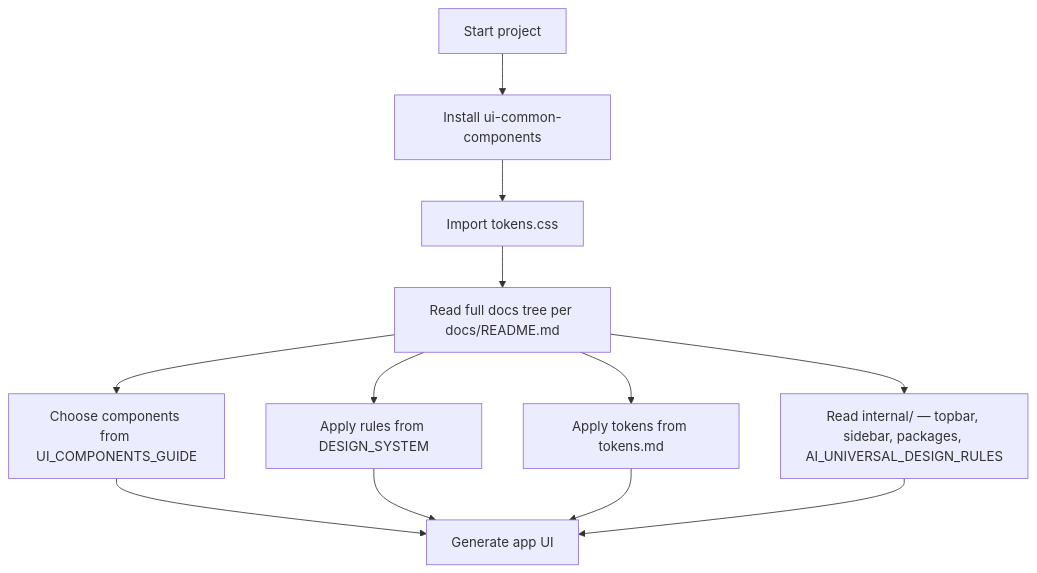
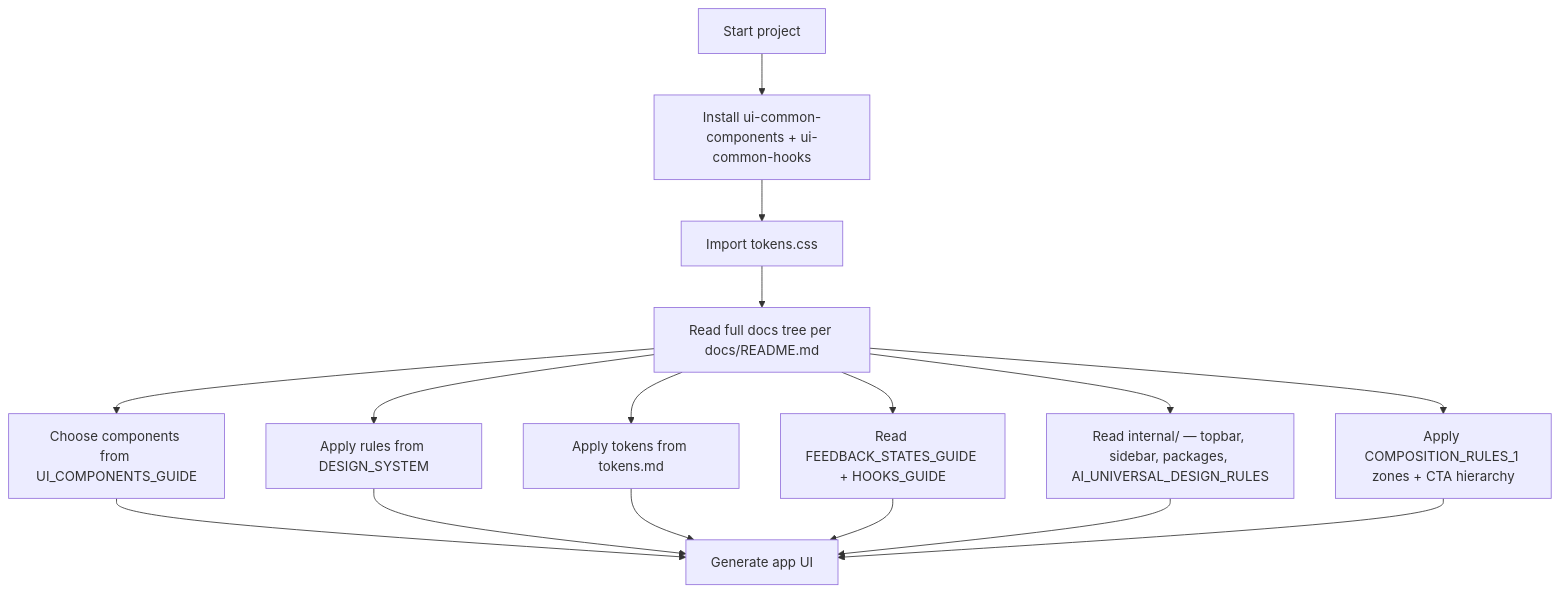
The diagram in docs/AI_USAGE_GUIDE.md (gaurabantu/common-componats), drawn with Mermaid before and after one commit. The commit also changed other lines of this file and 91 other files, not shown here.

````diff
--- a/docs/AI_USAGE_GUIDE.md
+++ b/docs/AI_USAGE_GUIDE.md
@@ -54,14 +92,18 @@
 ```mermaid
 flowchart TD
-    A[Start project] --> B[Install ui-common-components]
+    A[Start project] --> B[Install ui-common-components + ui-common-hooks]
     B --> C[Import tokens.css]
     C --> D[Read full docs tree per docs/README.md]
     D --> E[Choose components from UI_COMPONENTS_GUIDE]
     D --> F[Apply rules from DESIGN_SYSTEM]
     D --> G[Apply tokens from tokens.md]
-    D --> H[Read internal/ — topbar, sidebar, packages, AI_UNIVERSAL_DESIGN_RULES]
-    E --> I[Generate app UI]
-    F --> I
-    G --> I
-    H --> I
+    D --> H[Read FEEDBACK_STATES_GUIDE + HOOKS_GUIDE]
+    D --> I[Read internal/ — topbar, sidebar, packages, AI_UNIVERSAL_DESIGN_RULES]
+    D --> J[Apply COMPOSITION_RULES_1 zones + CTA hierarchy]
+    E --> K[Generate app UI]
+    F --> K
+    G --> K
+    H --> K
+    I --> K
+    J --> K
 ```
````
